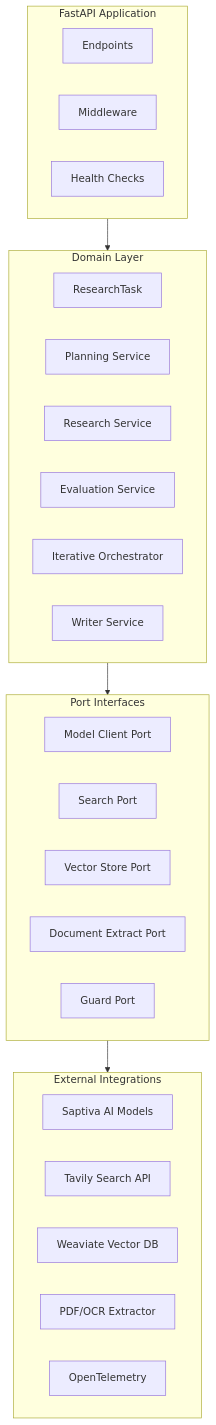
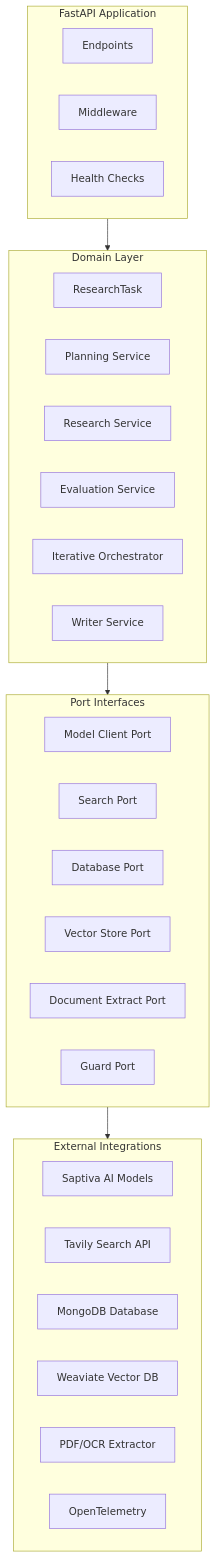
Before and after one commit to saptiva-ai/alethia_deepresearch: the first of 2 diagrams in README.md, drawn with Mermaid. The commit also changed other lines of this file and 9 other files, not shown here.

````diff
--- a/README.md
+++ b/README.md
@@ -543,37 +768,39 @@
 ```mermaid
 flowchart TB
     subgraph API[FastAPI Application]
         E[Endpoints]
         M[Middleware]
         H[Health Checks]
     end
 
     subgraph Domain[Domain Layer]
         T[ResearchTask]
         Plan[Planning Service]
         Research[Research Service]
         Eval[Evaluation Service]
         Orchestrator[Iterative Orchestrator]
         Writer[Writer Service]
     end
 
     subgraph Ports[Port Interfaces]
         ModelPort[Model Client Port]
         SearchPort[Search Port]
+        DatabasePort[Database Port]
         VectorPort[Vector Store Port]
         ExtractPort[Document Extract Port]
         GuardPort[Guard Port]
     end
 
     subgraph Adapters[External Integrations]
         Saptiva[Saptiva AI Models]
         Tavily[Tavily Search API]
+        MongoDB[MongoDB Database]
         Weaviate[Weaviate Vector DB]
         PDFExtract[PDF/OCR Extractor]
         Telemetry[OpenTelemetry]
     end
 
     API --> Domain
     Domain --> Ports
     Ports --> Adapters
 ```
````
